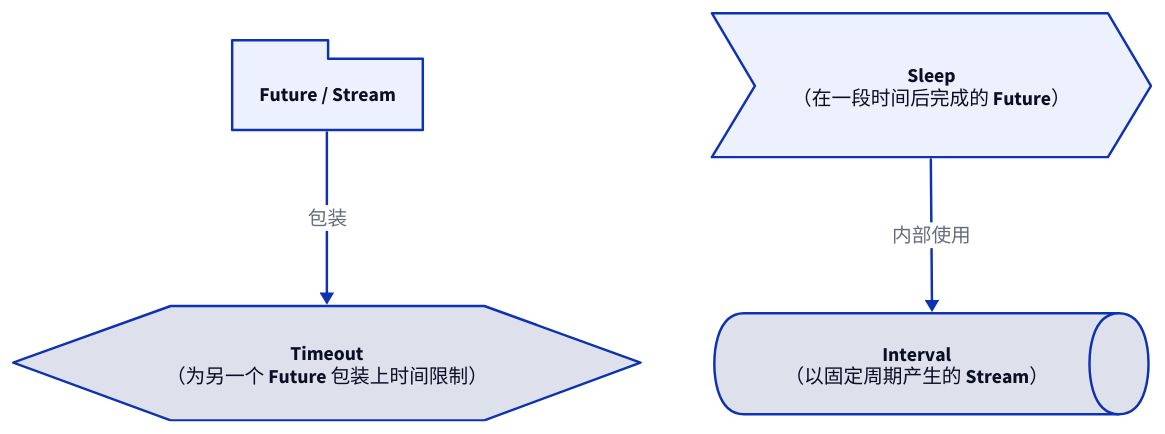
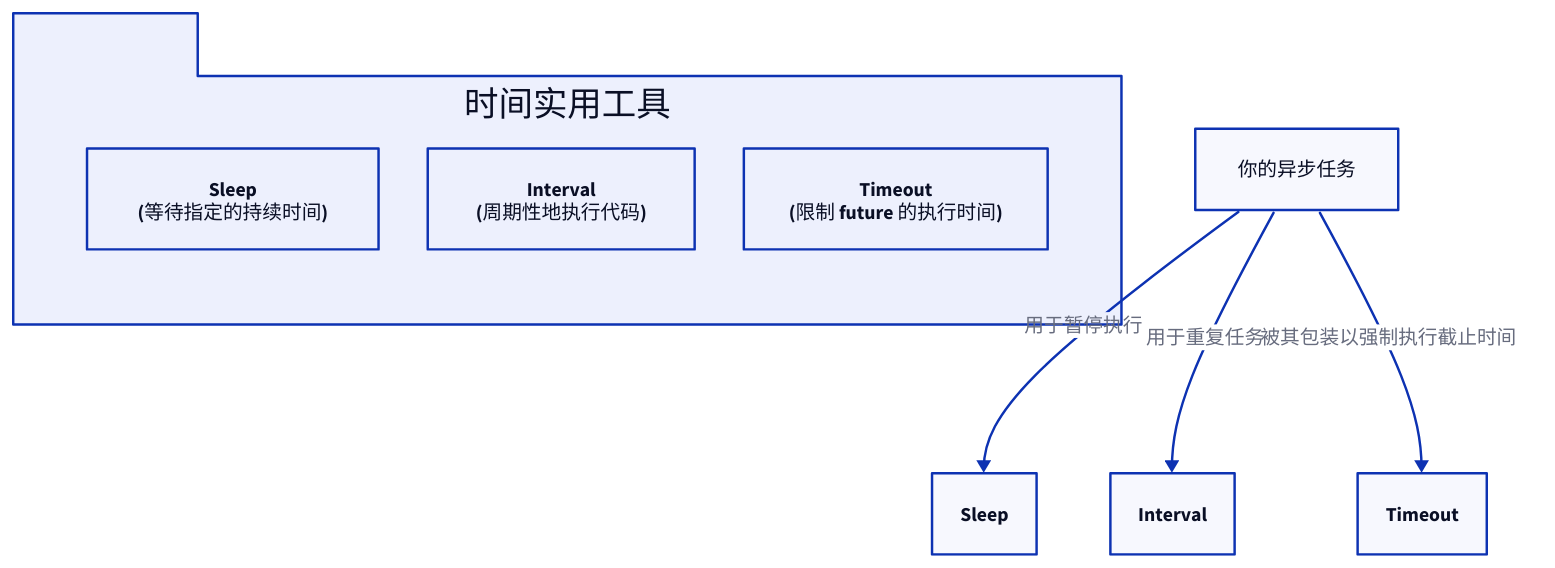
One commit to lban2049/tokio changed the diagram in .aigne/doc-smith/docs/api-time.zh.md. Above: the diagram before and after it, drawn with D2. The commit also changed other lines of this file and 42 other files, not shown here.

````diff
--- a/.aigne/doc-smith/docs/api-time.zh.md
+++ b/.aigne/doc-smith/docs/api-time.zh.md
@@ -5,26 +7,28 @@
 ```d2
 direction: down
 
-subsystem: {
-  shape: package
-  label: "Future / Stream"
+"时间实用工具": {
+    shape: package
+    grid-columns: 3
+
+    "Sleep": {
+        shape: rectangle
+        label: "Sleep\n(等待指定的持续时间)"
+    }
+
+    "Interval": {
+        shape: rectangle
+        label: "Interval\n(周期性地执行代码)"
+    }
+
+    "Timeout": {
+        shape: rectangle
+        label: "Timeout\n(限制 future 的执行时间)"
+    }
 }
 
-sleep: {
-  shape: step
-  label: "Sleep\n（在一段时间后完成的 Future）"
-}
+"你的异步任务" -> "Sleep": "用于暂停执行"
+"你的异步任务" -> "Interval": "用于重复任务"
+"你的异步任务" -> "Timeout": "被其包装以强制执行截止时间"
 
-interval: {
-  shape: queue
-  label: "Interval\n（以固定周期产生的 Stream）"
-}
-
-timeout: {
-  shape: hexagon
-  label: "Timeout\n（为另一个 Future 包装上时间限制）"
-}
-
-subsystem -> timeout: "包装"
-sleep -> interval: "内部使用"
 ```
````
